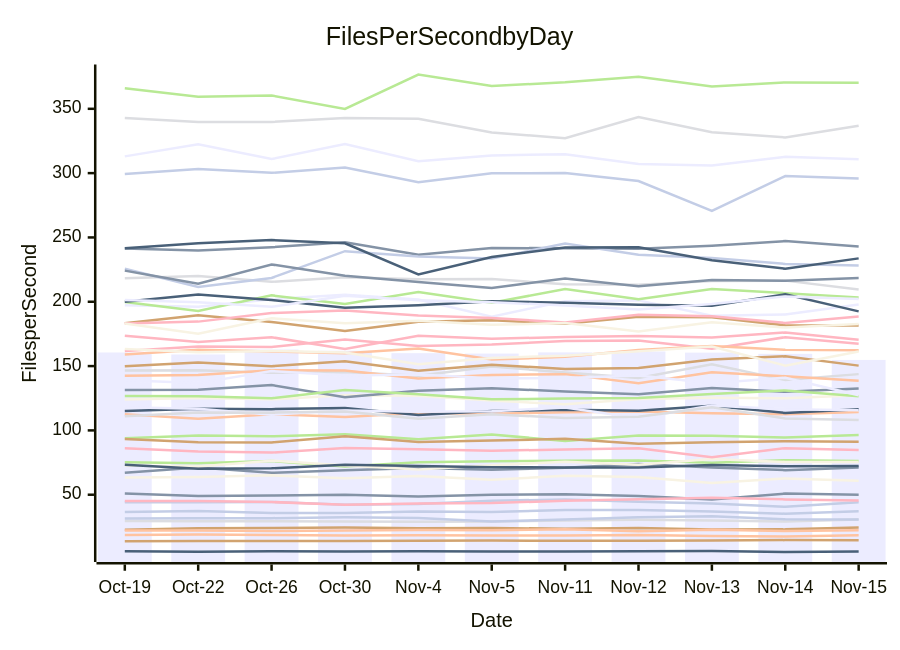
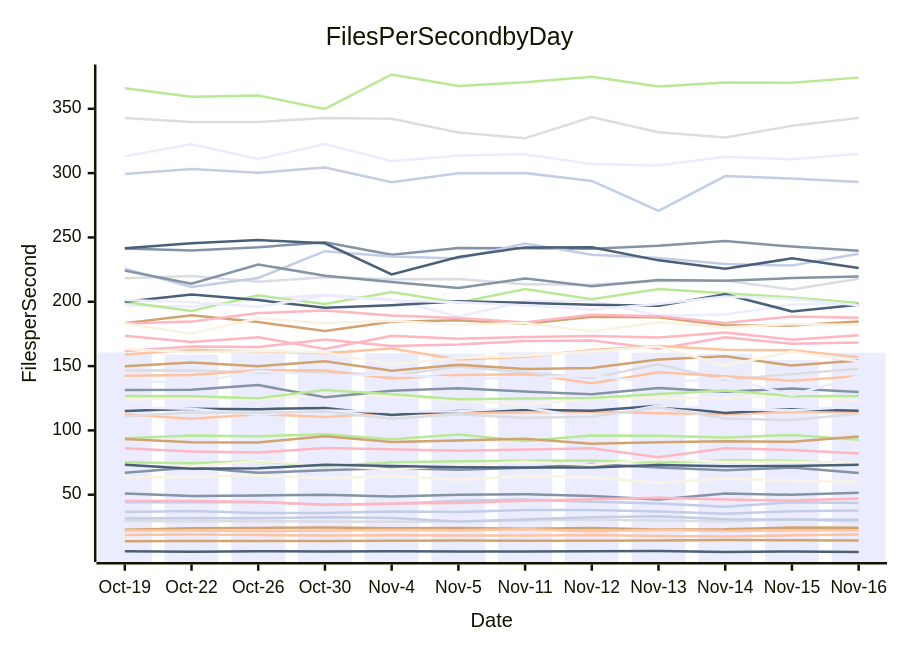
The diagram in perf-report.md (streetsidesoftware/cspell), drawn with Mermaid before and after one commit. The commit also changed other lines of this file and 1 other file, not shown here.

````diff
--- a/perf-report.md
+++ b/perf-report.md
@@ -10,57 +10,57 @@
 ```mermaid
 xychart-beta
     title Files Per Second by Day
     y-axis Files per Second
-    x-axis Date [Oct-19, Oct-22, Oct-26, Oct-30, Nov-4, Nov-5, Nov-11, Nov-12, Nov-13, Nov-14, Nov-15]
-    bar [160.58, 159.03, 162.88, 161.94, 160.02, 159.72, 160.65, 161.35, 160.47, 159.54, 154.79]
-    line [50.97, 49.03, 49.37, 49.99, 48.68, 50.03, 50.42, 49.00, 46.22, 50.88, 49.95]
-    line [112.56, 109.04, 112.63, 110.40, 113.53, 112.85, 114.15, 114.65, 113.36, 112.62, 114.36]
-    line [146.50, 146.67, 144.85, 145.45, 142.42, 149.63, 145.08, 140.78, 151.35, 139.20, 143.75]
-    line [93.97, 96.00, 95.45, 97.05, 93.17, 96.79, 91.80, 95.95, 95.87, 94.48, 96.44]
-    line [22.78, 23.92, 24.17, 24.43, 23.95, 24.20, 23.49, 24.08, 23.00, 23.06, 24.50]
-    line [36.49, 37.33, 35.82, 35.71, 36.86, 36.50, 38.05, 38.19, 36.99, 35.25, 37.09]
-    line [161.71, 165.23, 164.80, 170.61, 165.61, 166.70, 169.45, 169.81, 163.46, 172.46, 167.41]
-    line [6.02, 5.75, 6.03, 5.80, 6.05, 5.91, 5.92, 6.05, 6.23, 5.47, 5.95]
-    line [63.29, 63.79, 65.07, 62.75, 64.51, 61.69, 64.67, 63.79, 59.02, 62.70, 60.80]
-    line [197.32, 196.05, 201.96, 205.39, 201.71, 188.42, 200.46, 201.07, 189.10, 190.06, 197.82]
-    line [67.05, 71.08, 67.00, 69.09, 70.86, 69.37, 70.88, 73.81, 71.09, 69.11, 71.10]
-    line [18.69, 19.00, 18.63, 18.25, 18.44, 18.38, 18.23, 18.67, 17.83, 17.56, 18.43]
-    line [29.58, 29.31, 29.41, 29.14, 29.07, 29.19, 29.96, 30.60, 29.98, 29.13, 30.65]
-    line [75.28, 74.51, 76.18, 72.03, 75.21, 76.09, 76.34, 76.58, 74.79, 76.80, 76.30]
-    line [93.37, 90.70, 90.60, 95.53, 91.04, 92.11, 93.46, 89.53, 90.84, 91.64, 91.15]
-    line [44.15, 44.08, 44.42, 42.24, 42.88, 45.37, 46.20, 44.50, 43.23, 40.60, 44.15]
-    line [173.59, 168.67, 172.42, 163.25, 173.61, 171.18, 172.63, 173.35, 172.14, 176.09, 170.54]
-    line [115.01, 116.88, 116.53, 117.43, 111.89, 115.01, 116.13, 115.22, 119.08, 113.54, 116.51]
-    line [123.99, 125.15, 124.19, 127.28, 126.86, 123.18, 120.25, 124.45, 125.35, 124.99, 127.41]
-    line [118.00, 116.85, 112.16, 115.50, 114.45, 114.87, 117.85, 109.38, 119.29, 116.46, 115.59]
-    line [131.49, 131.59, 135.21, 125.70, 130.73, 132.76, 130.23, 128.16, 133.01, 129.97, 132.49]
-    line [22.11, 22.28, 21.78, 22.12, 22.59, 22.34, 23.16, 21.54, 22.68, 21.85, 22.43]
-    line [342.86, 339.81, 339.82, 342.79, 342.26, 331.64, 327.21, 343.58, 331.81, 327.76, 336.79]
-    line [199.89, 192.85, 204.98, 198.27, 207.58, 199.26, 209.84, 202.01, 209.99, 206.66, 203.31]
-    line [149.81, 152.74, 149.93, 153.73, 146.39, 151.10, 147.79, 148.60, 155.08, 157.59, 150.36]
-    line [299.41, 303.13, 300.22, 304.34, 292.89, 299.81, 300.08, 293.90, 270.62, 297.75, 295.78]
-    line [45.18, 45.07, 44.31, 42.25, 43.22, 43.49, 45.34, 46.46, 47.61, 46.36, 45.42]
-    line [199.93, 205.59, 201.31, 195.27, 197.35, 200.31, 199.19, 197.63, 196.85, 205.77, 192.52]
-    line [72.64, 71.96, 76.44, 72.80, 69.62, 72.93, 75.62, 73.39, 77.86, 75.46, 75.53]
-    line [201.34, 199.55, 196.07, 204.60, 201.12, 199.63, 197.18, 194.05, 198.31, 204.17, 202.23]
-    line [241.48, 239.78, 242.41, 246.20, 236.64, 241.81, 241.59, 241.14, 243.55, 247.17, 242.91]
-    line [158.95, 162.77, 161.40, 160.02, 163.60, 155.05, 157.20, 162.55, 165.62, 162.61, 162.23]
-    line [218.31, 220.10, 215.49, 219.14, 217.54, 217.64, 213.57, 213.32, 216.11, 216.43, 209.55]
-    line [126.74, 126.46, 125.04, 131.49, 128.05, 124.13, 124.73, 125.27, 128.39, 131.06, 126.59]
-    line [183.26, 189.47, 184.23, 177.36, 184.49, 185.72, 182.94, 188.28, 187.98, 181.73, 181.49]
-    line [225.66, 211.47, 218.53, 239.32, 235.17, 233.67, 245.24, 236.50, 233.98, 229.39, 228.12]
-    line [183.18, 184.56, 191.17, 193.23, 189.38, 187.47, 183.93, 189.93, 188.83, 183.53, 188.50]
-    line [73.27, 70.11, 70.57, 73.22, 72.23, 71.32, 71.25, 71.08, 73.06, 72.16, 72.33]
-    line [183.04, 175.20, 187.18, 183.23, 185.22, 182.14, 183.42, 176.89, 184.07, 179.92, 182.71]
-    line [313.03, 322.37, 310.93, 322.55, 309.17, 313.73, 314.69, 307.18, 306.00, 312.70, 310.78]
-    line [224.21, 213.97, 229.01, 220.21, 215.36, 210.66, 218.14, 212.13, 216.95, 216.28, 218.40]
-    line [142.44, 143.06, 146.69, 146.59, 140.40, 143.02, 143.74, 136.69, 145.20, 142.11, 138.52]
-    line [111.02, 113.95, 113.80, 114.69, 109.15, 112.48, 109.72, 110.55, 118.02, 109.29, 108.02]
-    line [365.93, 359.34, 360.33, 349.95, 376.67, 367.68, 370.64, 374.87, 367.41, 370.51, 370.21]
-    line [13.81, 14.01, 14.02, 13.97, 14.18, 14.33, 14.26, 14.23, 14.49, 14.71, 14.55]
-    line [31.44, 31.67, 31.78, 32.41, 31.83, 29.14, 30.76, 32.43, 33.35, 30.87, 30.71]
-    line [86.03, 83.62, 82.78, 86.40, 85.26, 84.18, 85.13, 86.07, 79.22, 86.18, 84.80]
-    line [241.58, 245.56, 247.95, 245.41, 221.31, 234.75, 242.27, 242.37, 232.19, 225.67, 233.72]
-    line [163.29, 160.80, 161.82, 160.48, 151.46, 156.36, 158.02, 161.56, 165.28, 150.34, 161.29]
-    line [139.08, 136.76, 146.14, 142.74, 143.48, 140.52, 140.72, 142.75, 136.72, 140.92, 127.38]
+    x-axis Date [Oct-19, Oct-22, Oct-26, Oct-30, Nov-4, Nov-5, Nov-11, Nov-12, Nov-13, Nov-14, Nov-15, Nov-16]
+    bar [160.58, 159.03, 162.88, 161.94, 160.02, 159.72, 160.65, 161.35, 160.47, 159.54, 154.79, 160.46]
+    line [50.97, 49.03, 49.37, 49.99, 48.68, 50.03, 50.42, 49.00, 46.22, 50.88, 49.95, 51.56]
+    line [112.56, 109.04, 112.63, 110.40, 113.53, 112.85, 114.15, 114.65, 113.36, 112.62, 114.36, 114.33]
+    line [146.50, 146.67, 144.85, 145.45, 142.42, 149.63, 145.08, 140.78, 151.35, 139.20, 143.75, 147.85]
+    line [93.97, 96.00, 95.45, 97.05, 93.17, 96.79, 91.80, 95.95, 95.87, 94.48, 96.44, 92.65]
+    line [22.78, 23.92, 24.17, 24.43, 23.95, 24.20, 23.49, 24.08, 23.00, 23.06, 24.50, 24.34]
+    line [36.49, 37.33, 35.82, 35.71, 36.86, 36.50, 38.05, 38.19, 36.99, 35.25, 37.09, 37.76]
+    line [161.71, 165.23, 164.80, 170.61, 165.61, 166.70, 169.45, 169.81, 163.46, 172.46, 167.41, 168.34]
+    line [6.02, 5.75, 6.03, 5.80, 6.05, 5.91, 5.92, 6.05, 6.23, 5.47, 5.95, 5.52]
+    line [63.29, 63.79, 65.07, 62.75, 64.51, 61.69, 64.67, 63.79, 59.02, 62.70, 60.80, 59.91]
+    line [197.32, 196.05, 201.96, 205.39, 201.71, 188.42, 200.46, 201.07, 189.10, 190.06, 197.82, 199.09]
+    line [67.05, 71.08, 67.00, 69.09, 70.86, 69.37, 70.88, 73.81, 71.09, 69.11, 71.10, 66.81]
+    line [18.69, 19.00, 18.63, 18.25, 18.44, 18.38, 18.23, 18.67, 17.83, 17.56, 18.43, 19.15]
+    line [29.58, 29.31, 29.41, 29.14, 29.07, 29.19, 29.96, 30.60, 29.98, 29.13, 30.65, 29.20]
+    line [75.28, 74.51, 76.18, 72.03, 75.21, 76.09, 76.34, 76.58, 74.79, 76.80, 76.30, 73.76]
+    line [93.37, 90.70, 90.60, 95.53, 91.04, 92.11, 93.46, 89.53, 90.84, 91.64, 91.15, 95.31]
+    line [44.15, 44.08, 44.42, 42.24, 42.88, 45.37, 46.20, 44.50, 43.23, 40.60, 44.15, 43.48]
+    line [173.59, 168.67, 172.42, 163.25, 173.61, 171.18, 172.63, 173.35, 172.14, 176.09, 170.54, 174.05]
+    line [115.01, 116.88, 116.53, 117.43, 111.89, 115.01, 116.13, 115.22, 119.08, 113.54, 116.51, 115.21]
+    line [123.99, 125.15, 124.19, 127.28, 126.86, 123.18, 120.25, 124.45, 125.35, 124.99, 127.41, 122.93]
+    line [118.00, 116.85, 112.16, 115.50, 114.45, 114.87, 117.85, 109.38, 119.29, 116.46, 115.59, 118.49]
+    line [131.49, 131.59, 135.21, 125.70, 130.73, 132.76, 130.23, 128.16, 133.01, 129.97, 132.49, 129.80]
+    line [22.11, 22.28, 21.78, 22.12, 22.59, 22.34, 23.16, 21.54, 22.68, 21.85, 22.43, 22.45]
+    line [342.86, 339.81, 339.82, 342.79, 342.26, 331.64, 327.21, 343.58, 331.81, 327.76, 336.79, 342.94]
+    line [199.89, 192.85, 204.98, 198.27, 207.58, 199.26, 209.84, 202.01, 209.99, 206.66, 203.31, 199.00]
+    line [149.81, 152.74, 149.93, 153.73, 146.39, 151.10, 147.79, 148.60, 155.08, 157.59, 150.36, 154.26]
+    line [299.41, 303.13, 300.22, 304.34, 292.89, 299.81, 300.08, 293.90, 270.62, 297.75, 295.78, 293.19]
+    line [45.18, 45.07, 44.31, 42.25, 43.22, 43.49, 45.34, 46.46, 47.61, 46.36, 45.42, 47.07]
+    line [199.93, 205.59, 201.31, 195.27, 197.35, 200.31, 199.19, 197.63, 196.85, 205.77, 192.52, 197.76]
+    line [72.64, 71.96, 76.44, 72.80, 69.62, 72.93, 75.62, 73.39, 77.86, 75.46, 75.53, 74.48]
+    line [201.34, 199.55, 196.07, 204.60, 201.12, 199.63, 197.18, 194.05, 198.31, 204.17, 202.23, 197.34]
+    line [241.48, 239.78, 242.41, 246.20, 236.64, 241.81, 241.59, 241.14, 243.55, 247.17, 242.91, 239.70]
+    line [158.95, 162.77, 161.40, 160.02, 163.60, 155.05, 157.20, 162.55, 165.62, 162.61, 162.23, 156.96]
+    line [218.31, 220.10, 215.49, 219.14, 217.54, 217.64, 213.57, 213.32, 216.11, 216.43, 209.55, 217.83]
+    line [126.74, 126.46, 125.04, 131.49, 128.05, 124.13, 124.73, 125.27, 128.39, 131.06, 126.59, 126.76]
+    line [183.26, 189.47, 184.23, 177.36, 184.49, 185.72, 182.94, 188.28, 187.98, 181.73, 181.49, 184.66]
+    line [225.66, 211.47, 218.53, 239.32, 235.17, 233.67, 245.24, 236.50, 233.98, 229.39, 228.12, 237.34]
+    line [183.18, 184.56, 191.17, 193.23, 189.38, 187.47, 183.93, 189.93, 188.83, 183.53, 188.50, 187.66]
+    line [73.27, 70.11, 70.57, 73.22, 72.23, 71.32, 71.25, 71.08, 73.06, 72.16, 72.33, 73.39]
+    line [183.04, 175.20, 187.18, 183.23, 185.22, 182.14, 183.42, 176.89, 184.07, 179.92, 182.71, 181.97]
+    line [313.03, 322.37, 310.93, 322.55, 309.17, 313.73, 314.69, 307.18, 306.00, 312.70, 310.78, 315.06]
+    line [224.21, 213.97, 229.01, 220.21, 215.36, 210.66, 218.14, 212.13, 216.95, 216.28, 218.40, 219.59]
+    line [142.44, 143.06, 146.69, 146.59, 140.40, 143.02, 143.74, 136.69, 145.20, 142.11, 138.52, 142.01]
+    line [111.02, 113.95, 113.80, 114.69, 109.15, 112.48, 109.72, 110.55, 118.02, 109.29, 108.02, 112.93]
+    line [365.93, 359.34, 360.33, 349.95, 376.67, 367.68, 370.64, 374.87, 367.41, 370.51, 370.21, 374.24]
+    line [13.81, 14.01, 14.02, 13.97, 14.18, 14.33, 14.26, 14.23, 14.49, 14.71, 14.55, 14.39]
+    line [31.44, 31.67, 31.78, 32.41, 31.83, 29.14, 30.76, 32.43, 33.35, 30.87, 30.71, 30.55]
+    line [86.03, 83.62, 82.78, 86.40, 85.26, 84.18, 85.13, 86.07, 79.22, 86.18, 84.80, 82.10]
+    line [241.58, 245.56, 247.95, 245.41, 221.31, 234.75, 242.27, 242.37, 232.19, 225.67, 233.72, 226.18]
+    line [163.29, 160.80, 161.82, 160.48, 151.46, 156.36, 158.02, 161.56, 165.28, 150.34, 161.29, 153.65]
+    line [139.08, 136.76, 146.14, 142.74, 143.48, 140.52, 140.72, 142.75, 136.72, 140.92, 127.38, 142.26]
 ```
````
